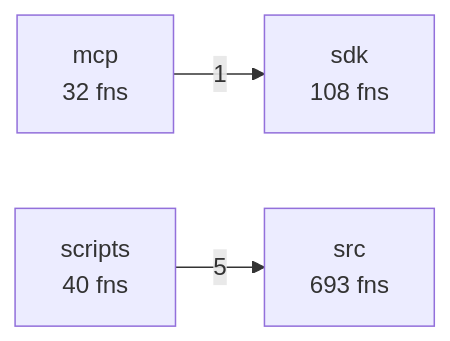
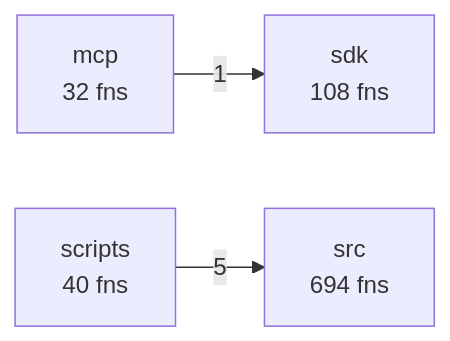
The first of 5 diagrams in docs/CODEBASE_MAP.md (Jaydearcadian/bind), drawn with Mermaid before and after one commit. The commit also changed other lines of this file and 15 other files, not shown here.

````diff
--- a/docs/CODEBASE_MAP.md
+++ b/docs/CODEBASE_MAP.md
@@ -12,9 +12,9 @@
 ```mermaid
 flowchart LR
   L0["mcp<br/>32 fns"]
   L1["scripts<br/>40 fns"]
   L2["sdk<br/>108 fns"]
-  L3["src<br/>693 fns"]
+  L3["src<br/>694 fns"]
   L0 -->|1| L2
   L1 -->|5| L3
 ```
````
